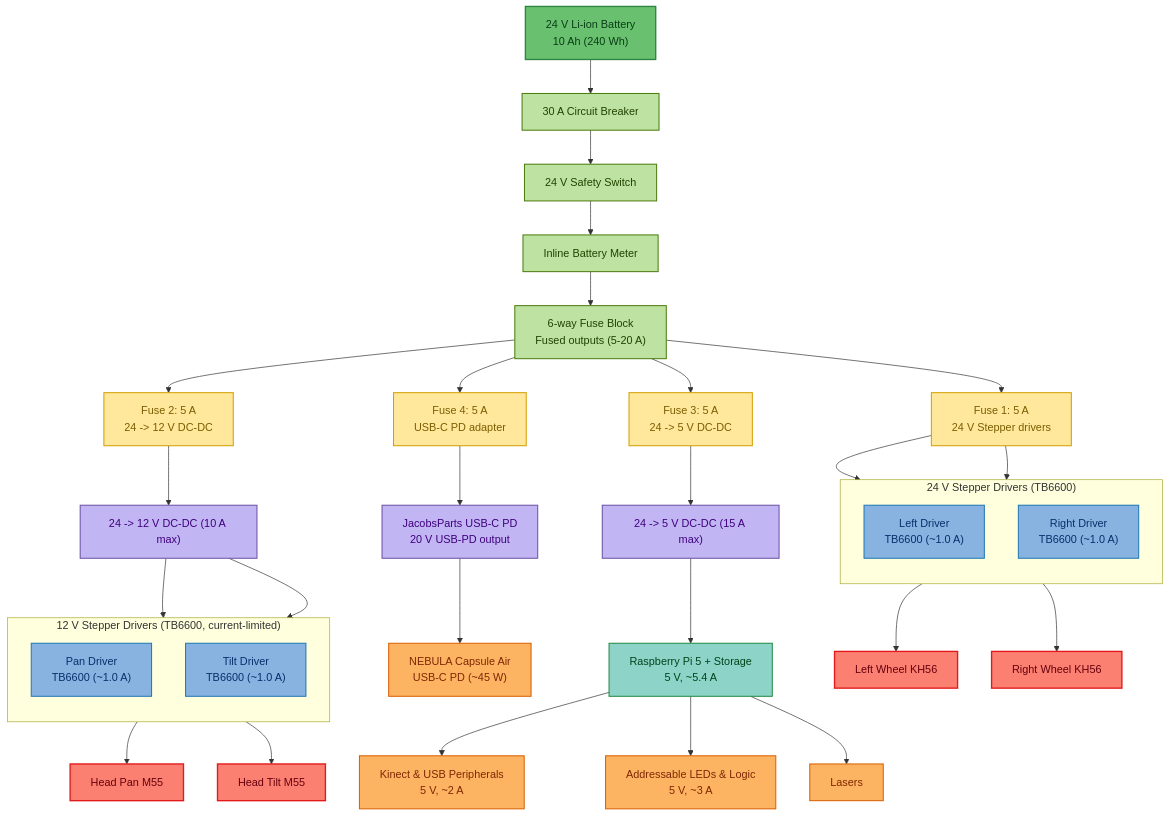
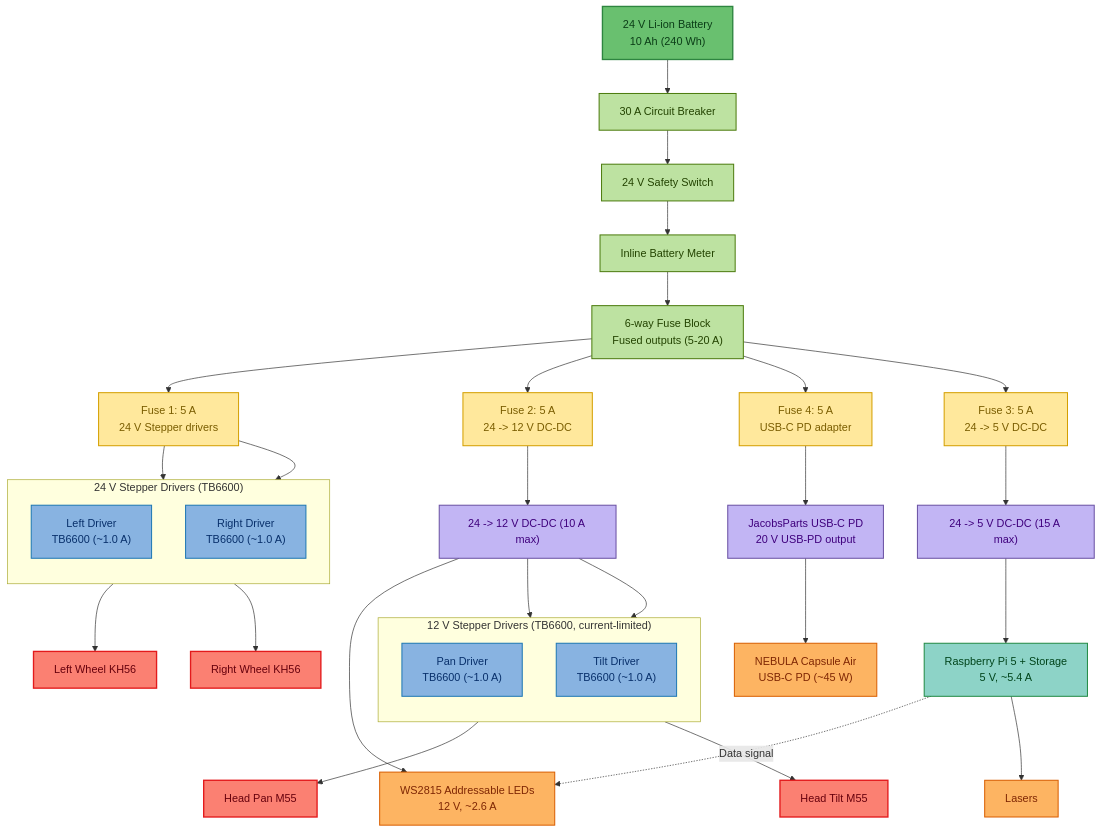
The first of 3 diagrams in readme.md (Mutilar/Marp), drawn with Mermaid before and after one commit. The commit also changed other lines of this file and 3 other files, not shown here.

````diff
--- a/readme.md
+++ b/readme.md
@@ -14,63 +14,62 @@
 ```mermaid
 graph TD
     Battery["24 V Li-ion Battery\n10 Ah (240 Wh)"]
     Breaker["30 A Circuit Breaker"]
     Switch["24 V Safety Switch"]
     Meter["Inline Battery Meter"]
     FuseBlock["6-way Fuse Block\nFused outputs (5-20 A)"]
     FuseStepper24["Fuse 1: 5 A\n24 V Stepper drivers"]
     FuseBuck12["Fuse 2: 5 A\n24 -> 12 V DC-DC"]
     FuseBuck5["Fuse 3: 5 A\n24 -> 5 V DC-DC"]
     FusePD["Fuse 4: 5 A\nUSB-C PD adapter"]
     subgraph StepperDrivers24["24 V Stepper Drivers (TB6600)"]
         direction TB
         Stepper24Left["Left Driver\nTB6600 (~1.0 A)"]
         Stepper24Right["Right Driver\nTB6600 (~1.0 A)"]
     end
     Buck12["24 -> 12 V DC-DC (10 A max)"]
     Buck5["24 -> 5 V DC-DC (15 A max)"]
     subgraph StepperDrivers12["12 V Stepper Drivers (TB6600, current-limited)"]
         direction TB
         Stepper12Pan["Pan Driver\nTB6600 (~1.0 A)"]
         Stepper12Tilt["Tilt Driver\nTB6600 (~1.0 A)"]
     end
     PDAdapter["JacobsParts USB-C PD\n20 V USB-PD output"]
     Projector["NEBULA Capsule Air\nUSB-C PD (~45 W)"]
     Pi["Raspberry Pi 5 + Storage\n5 V, ~5.4 A"]
-    Kinect["Kinect & USB Peripherals\n5 V, ~2 A"]
-    LEDs["Addressable LEDs & Logic\n5 V, ~3 A"]
+    LEDs["WS2815 Addressable LEDs\n12 V, ~2.6 A"]
 
     Battery --> Breaker --> Switch --> Meter --> FuseBlock
     FuseBlock --> FuseStepper24 --> Stepper24Left
     FuseStepper24 --> Stepper24Right
     FuseBlock --> FuseBuck12 --> Buck12
     Buck12 --> Stepper12Pan
     Buck12 --> Stepper12Tilt
     FuseBlock --> FusePD --> PDAdapter --> Projector
     FuseBlock --> FuseBuck5 --> Buck5 --> Pi
-    Pi --> Kinect
-    Pi --> LEDs
+    Buck12 --> LEDs
+    Pi -.->|Data signal| LEDs
     Pi --> Lasers
     Stepper24Left --> LeftWheel["Left Wheel KH56"]
     Stepper24Right --> RightWheel["Right Wheel KH56"]
     Stepper12Pan --> HeadPan["Head Pan M55"]
     Stepper12Tilt --> HeadTilt["Head Tilt M55"]
 
     class Battery battery
     class Breaker,Switch,Meter,FuseBlock distribution
     class FuseStepper24,FuseBuck12,FuseBuck5,FusePD fuse
     class Stepper24Left,Stepper24Right,Stepper12Pan,Stepper12Tilt driver
     class Buck12,Buck5,PDAdapter converter
     class Pi compute
-    class Projector,Audio,Kinect,LEDs,Lasers peripheral
+    class Projector,Audio,LEDs,Lasers peripheral
     class LeftWheel,RightWheel,HeadPan,HeadTilt motor
 
     classDef battery fill:#69c06f,stroke:#2e8540,color:#0b3d17,stroke-width:2px
     classDef distribution fill:#bde2a1,stroke:#4d7c0f,color:#234300,stroke-width:1.5px
     classDef fuse fill:#ffe89c,stroke:#d49f00,color:#7a5d00,stroke-width:1.5px
     classDef driver fill:#88b3e1,stroke:#1f78b4,color:#08306b,stroke-width:1.5px
     classDef converter fill:#c2b5f4,stroke:#6a51a3,color:#3f007d,stroke-width:1.5px
     classDef compute fill:#8dd3c7,stroke:#238b45,color:#00441b,stroke-width:1.5px
     classDef peripheral fill:#fdb462,stroke:#d95f02,color:#7f2704,stroke-width:1.5px
     classDef motor fill:#fb8072,stroke:#e31a1c,color:#67000d,stroke-width:2px
 ```
````
